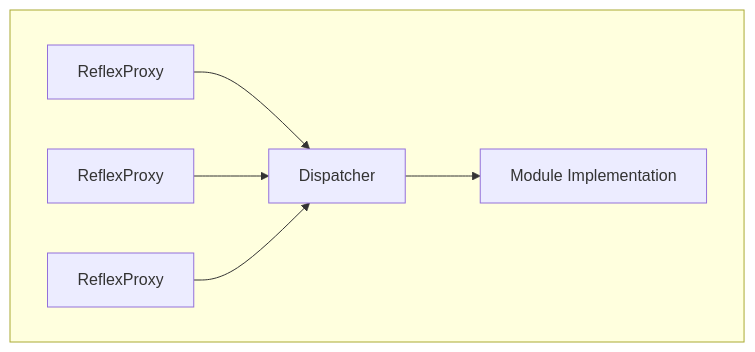
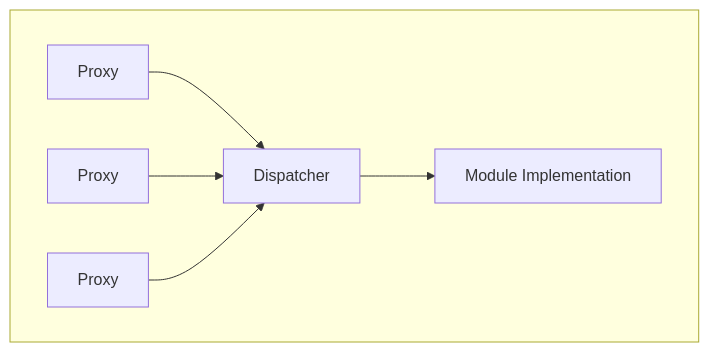
One commit to chromaxyz/reflex changed the second of 5 diagrams in docs/IMPLEMENTERS.md. Above: the diagram before and after it, drawn with Mermaid. The commit also changed other lines of this file, not shown here.

````diff
--- a/docs/IMPLEMENTERS.md
+++ b/docs/IMPLEMENTERS.md
@@ -49,9 +49,9 @@
 ```mermaid
 graph TD
   subgraph MultiProxy [ ]
-  Proxy1["ReflexProxy"] --> Dispatcher
-  Proxy2["ReflexProxy"] --> Dispatcher
-  Proxy3["ReflexProxy"] --> Dispatcher
+  Proxy1["Proxy"] --> Dispatcher
+  Proxy2["Proxy"] --> Dispatcher
+  Proxy3["Proxy"] --> Dispatcher
   Dispatcher --> Module["Module Implementation"]
   end
 ```
````
